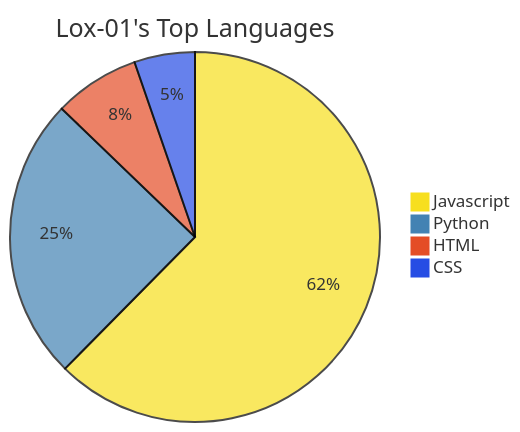
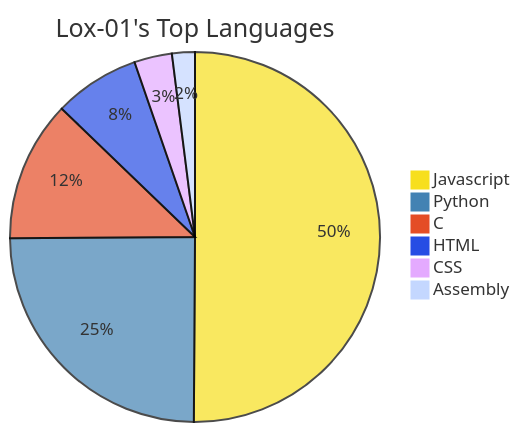
The diagram in README.md (Lox-01/Lox-01), drawn with Mermaid before and after one commit.

````diff
--- a/README.md
+++ b/README.md
@@ -16,9 +16,11 @@
 ```mermaid
 %%{init: {'theme': 'base', 'themeVariables': { "width": "20px", "pieOuterStrokeWidth": "0px", "pieInnerStrokeWidth": "0px", 'pie1': '#f7df1e', 'pie2': '#4382b3', 'pie3': '#e44d26', 'pie4': '#264de4'}}}%%
 pie
     title Lox-01's Top Languages
-    "Javascript" : 62.4
+    "Javascript" : 50.1
     "Python" : 24.8
+    "C": 12.3
     "HTML" : 7.5
-    "CSS" : 5.3
+    "CSS" : 3.3
+    "Assembly" : 2.0
 ```
````
